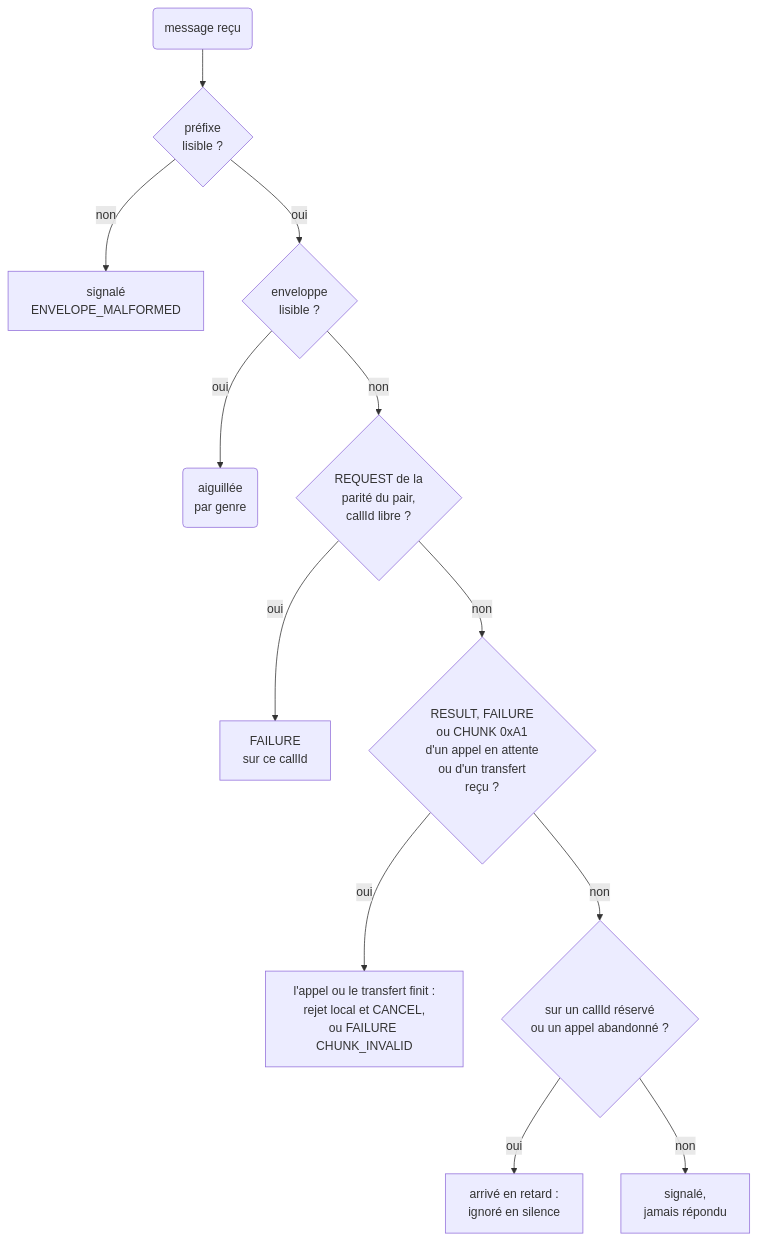
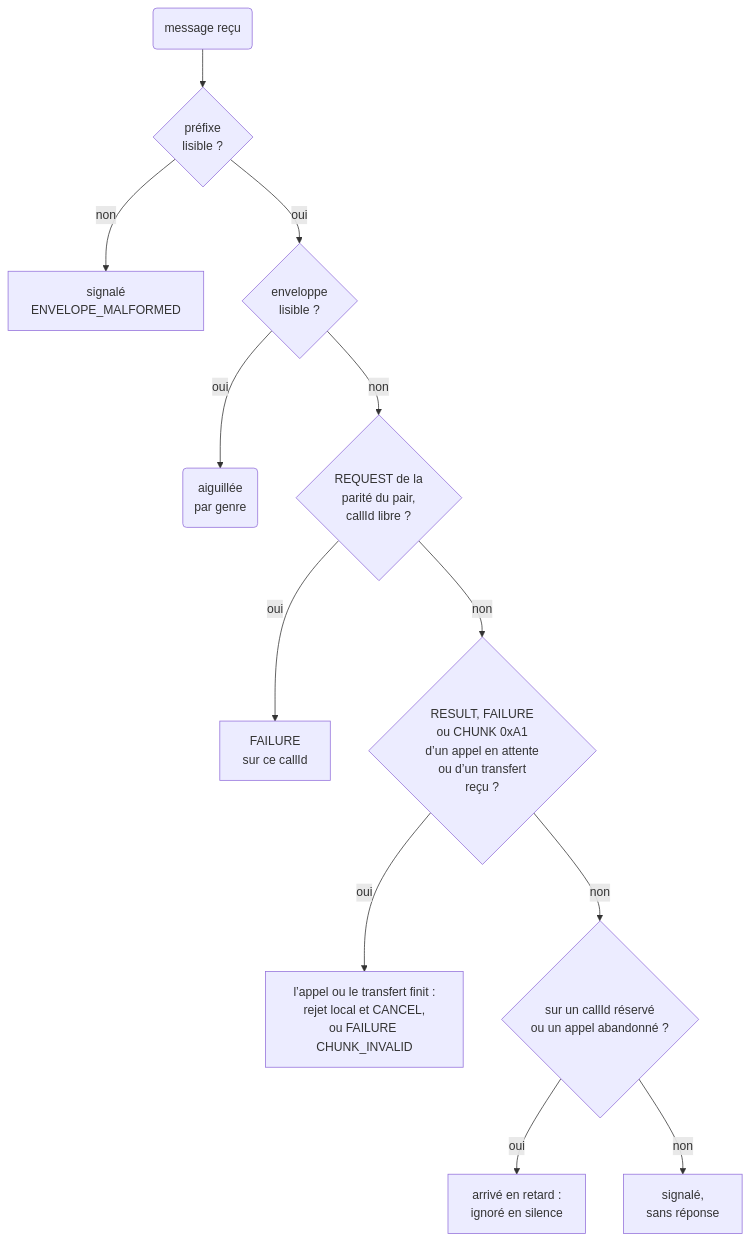
Before and after one commit to francisdesjardins/bead: the diagram in site/diagrams/fr/gate.mmd, drawn with Mermaid. The commit also changed 44 other files, not shown here.

```diff
--- a/site/diagrams/fr/gate.mmd
+++ b/site/diagrams/fr/gate.mmd
@@ -1,12 +1,12 @@
 flowchart TD
   rx("message reçu") --> pre{"préfixe<br/>lisible ?"}
   pre -- non --> rep1["signalé<br/>ENVELOPE_MALFORMED"]
   pre -- oui --> rd{"enveloppe<br/>lisible ?"}
   rd -- oui --> ok("aiguillée<br/>par genre")
   rd -- non --> gate{"REQUEST de la<br/>parité du pair,<br/>callId libre ?"}
   gate -- oui --> ans["FAILURE<br/>sur ce callId"]
-  gate -- non --> set{"RESULT, FAILURE<br/>ou CHUNK 0xA1<br/>d'un appel en attente<br/>ou d'un transfert<br/>reçu ?"}
-  set -- oui --> loc["l'appel ou le transfert finit :<br/>rejet local et CANCEL,<br/>ou FAILURE CHUNK_INVALID"]
+  gate -- non --> set{"RESULT, FAILURE<br/>ou CHUNK 0xA1<br/>d’un appel en attente<br/>ou d’un transfert<br/>reçu ?"}
+  set -- oui --> loc["l’appel ou le transfert finit :<br/>rejet local et CANCEL,<br/>ou FAILURE CHUNK_INVALID"]
   set -- non --> late{"sur un callId réservé<br/>ou un appel abandonné ?"}
   late -- oui --> quiet["arrivé en retard :<br/>ignoré en silence"]
-  late -- non --> rep2["signalé,<br/>jamais répondu"]
+  late -- non --> rep2["signalé,<br/>sans réponse"]
```
